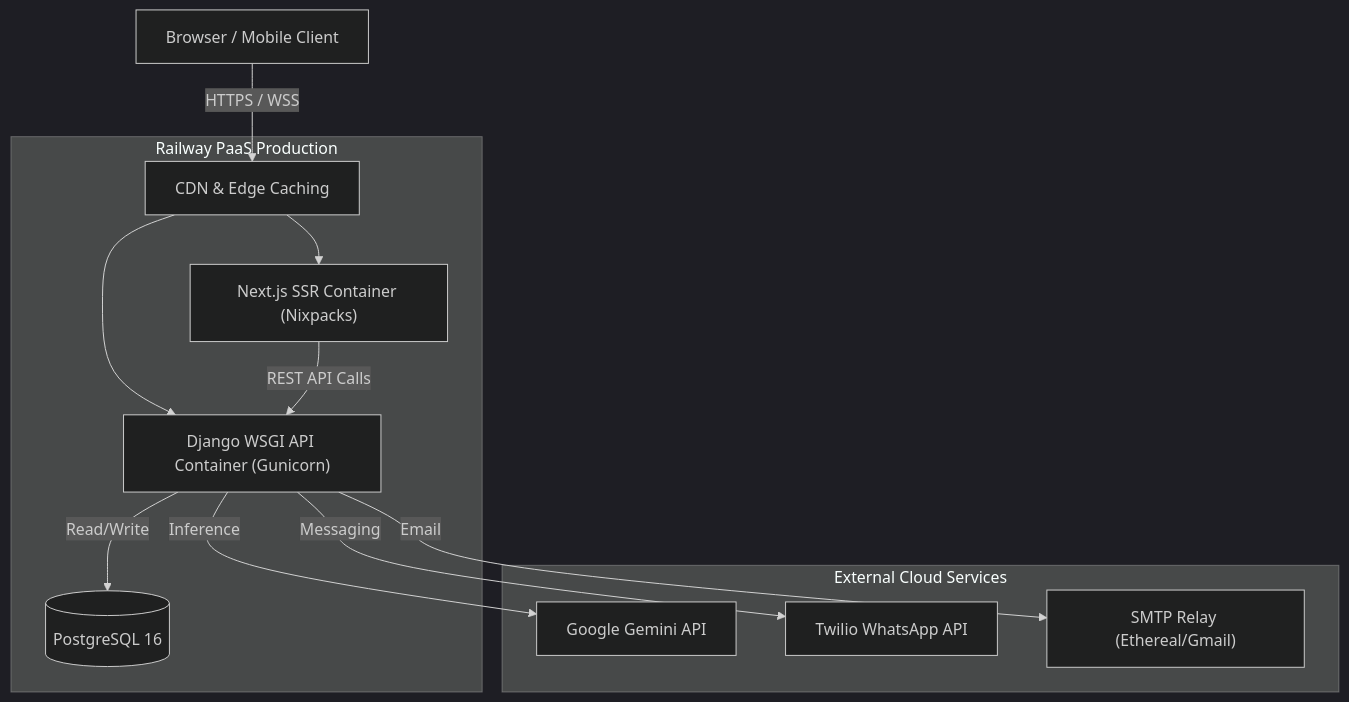
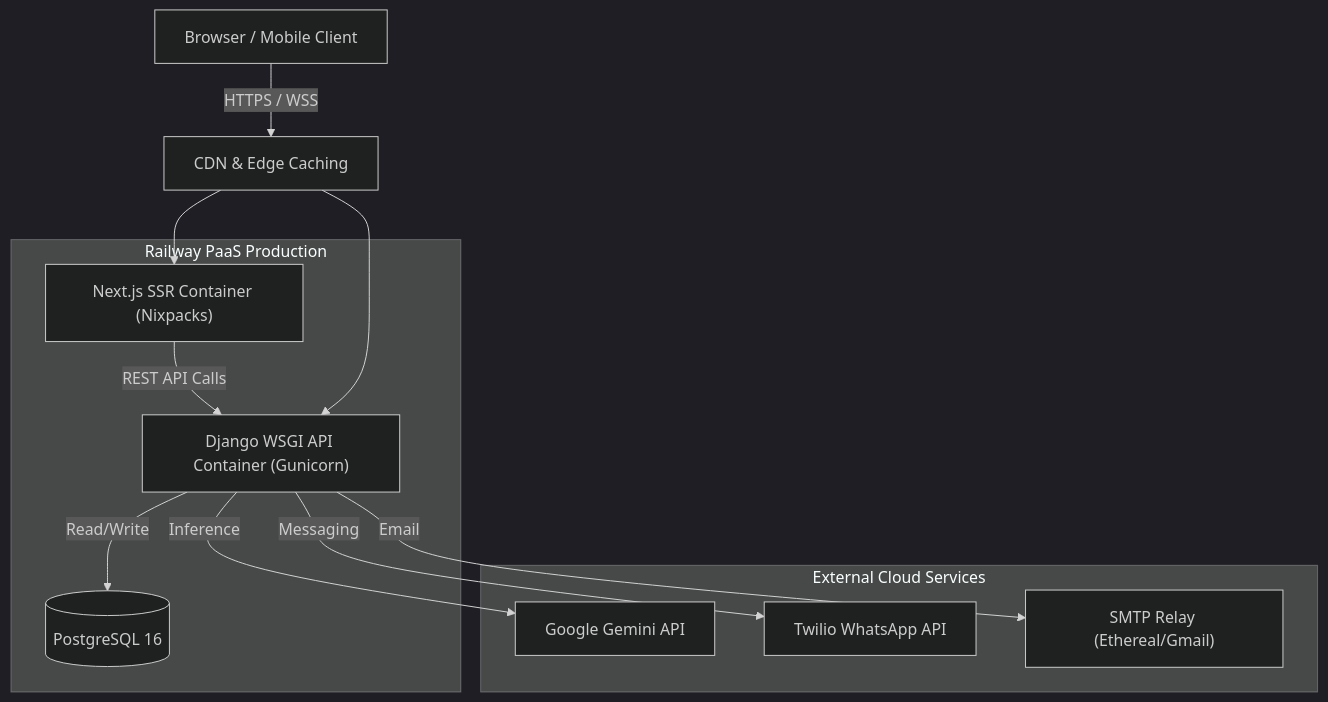
The tenth of 10 diagrams in SAD_and_SDD.md (ArimasHolding/TadbirAI), drawn with Mermaid (dark theme) before and after one commit. The commit also changed 1 other file, not shown here.

Commit message:
docs: fix mermaid syntax in deployment architecture

````diff
--- a/SAD_and_SDD.md
+++ b/SAD_and_SDD.md
@@ -565,19 +565,26 @@
 ```mermaid
 graph TD
     Client["Browser / Mobile Client"] -->|HTTPS / WSS| CDN["CDN & Edge Caching"]
     
-    subgraph "Railway PaaS Production"
-        CDN --> NextJS["Next.js SSR Container (Nixpacks)"]
-        CDN --> Django["Django WSGI API Container (Gunicorn)"]
+    subgraph Railway["Railway PaaS Production"]
+        NextJS["Next.js SSR Container (Nixpacks)"]
+        Django["Django WSGI API Container (Gunicorn)"]
+        Postgres[(PostgreSQL 16)]
         
         NextJS -->|REST API Calls| Django
-        
-        Django -->|Read/Write| Postgres[(PostgreSQL 16)]
+        Django -->|Read/Write| Postgres
     end
     
-    subgraph "External Cloud Services"
-        Django -->|Inference| Gemini["Google Gemini API"]
-        Django -->|Messaging| Twilio["Twilio WhatsApp API"]
-        Django -->|Email| SMTP["SMTP Relay (Ethereal/Gmail)"]
+    CDN --> NextJS
+    CDN --> Django
+    
+    subgraph External["External Cloud Services"]
+        Gemini["Google Gemini API"]
+        Twilio["Twilio WhatsApp API"]
+        SMTP["SMTP Relay (Ethereal/Gmail)"]
     end
+    
+    Django -->|Inference| Gemini
+    Django -->|Messaging| Twilio
+    Django -->|Email| SMTP
 ```
````
